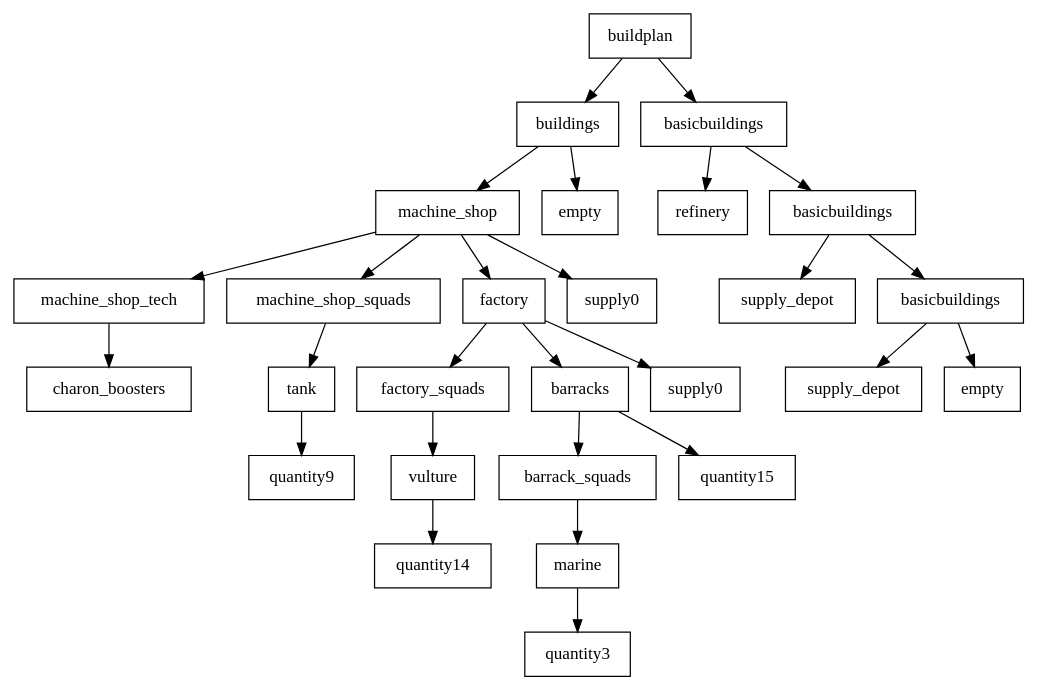
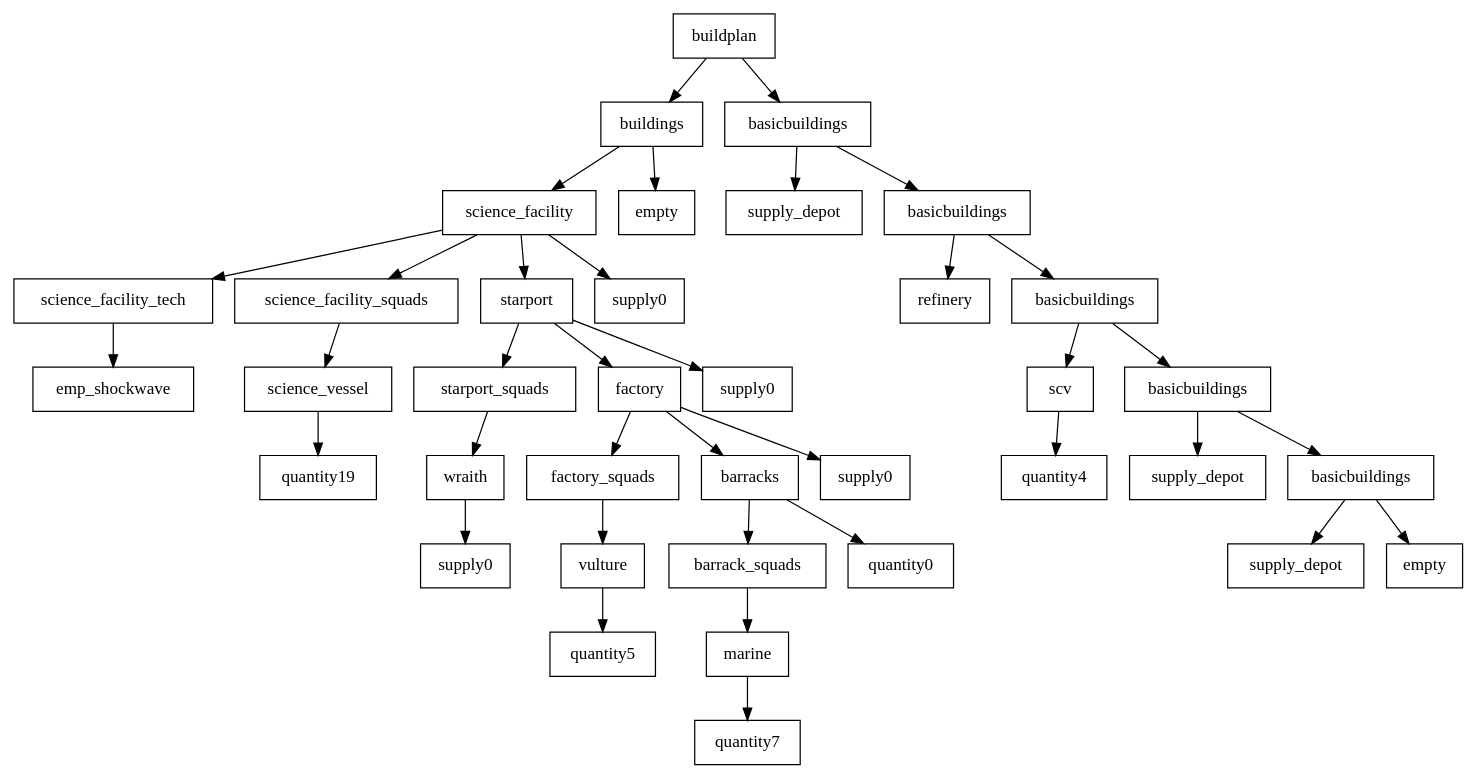
Before and after one commit to cryogenic-dreams/StarCraft-GPBot: the diagram in GPBot/file0.dot, drawn with Graphviz. The commit also changed 20 other files, not shown here.

```diff
--- a/GPBot/file0.dot
+++ b/GPBot/file0.dot
@@ -1,57 +1,77 @@
 digraph g {
 graph [ordering=out];
 node [shape=rectangle];
 n[label = "buildplan"];
 n0[label = "buildings"];
-n00[label = "machine_shop"];
-n000[label = "machine_shop_tech"];
-n0000[label = "charon_boosters"];
+n00[label = "science_facility"];
+n000[label = "science_facility_tech"];
+n0000[label = "emp_shockwave"];
 n000 -> n0000;
 n00 -> n000;
-n001[label = "machine_shop_squads"];
-n0010[label = "tank"];
-n00100[label = "quantity9"];
+n001[label = "science_facility_squads"];
+n0010[label = "science_vessel"];
+n00100[label = "quantity19"];
 n0010 -> n00100;
 n001 -> n0010;
 n00 -> n001;
-n002[label = "factory"];
-n0020[label = "factory_squads"];
-n00200[label = "vulture"];
-n002000[label = "quantity14"];
+n002[label = "starport"];
+n0020[label = "starport_squads"];
+n00200[label = "wraith"];
+n002000[label = "supply0"];
 n00200 -> n002000;
 n0020 -> n00200;
 n002 -> n0020;
-n0021[label = "barracks"];
-n00210[label = "barrack_squads"];
-n002100[label = "marine"];
-n0021000[label = "quantity3"];
+n0021[label = "factory"];
+n00210[label = "factory_squads"];
+n002100[label = "vulture"];
+n0021000[label = "quantity5"];
 n002100 -> n0021000;
 n00210 -> n002100;
 n0021 -> n00210;
-n00211[label = "quantity15"];
+n00211[label = "barracks"];
+n002110[label = "barrack_squads"];
+n0021100[label = "marine"];
+n00211000[label = "quantity7"];
+n0021100 -> n00211000;
+n002110 -> n0021100;
+n00211 -> n002110;
+n002111[label = "quantity0"];
+n00211 -> n002111;
 n0021 -> n00211;
+n00212[label = "supply0"];
+n0021 -> n00212;
 n002 -> n0021;
 n0022[label = "supply0"];
 n002 -> n0022;
 n00 -> n002;
 n003[label = "supply0"];
 n00 -> n003;
 n0 -> n00;
 n01[label = "empty"];
 n0 -> n01;
 n -> n0;
 n1[label = "basicbuildings"];
-n10[label = "refinery"];
+n10[label = "supply_depot"];
 n1 -> n10;
 n11[label = "basicbuildings"];
-n110[label = "supply_depot"];
+n110[label = "refinery"];
 n11 -> n110;
 n111[label = "basicbuildings"];
-n1110[label = "supply_depot"];
+n1110[label = "scv"];
+n11100[label = "quantity4"];
+n1110 -> n11100;
 n111 -> n1110;
-n1111[label = "empty"];
+n1111[label = "basicbuildings"];
+n11110[label = "supply_depot"];
+n1111 -> n11110;
+n11111[label = "basicbuildings"];
+n111110[label = "supply_depot"];
+n11111 -> n111110;
+n111111[label = "empty"];
+n11111 -> n111111;
+n1111 -> n11111;
 n111 -> n1111;
 n11 -> n111;
 n1 -> n11;
 n -> n1;
 }
```
